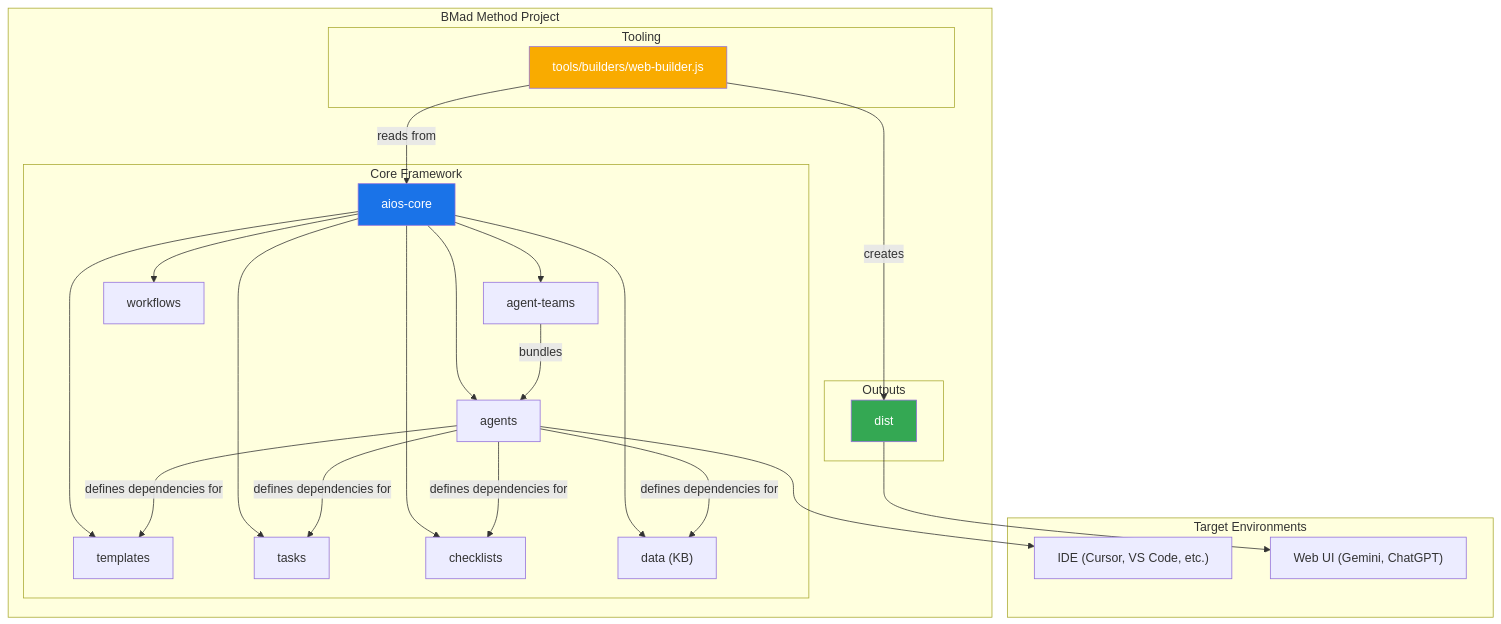
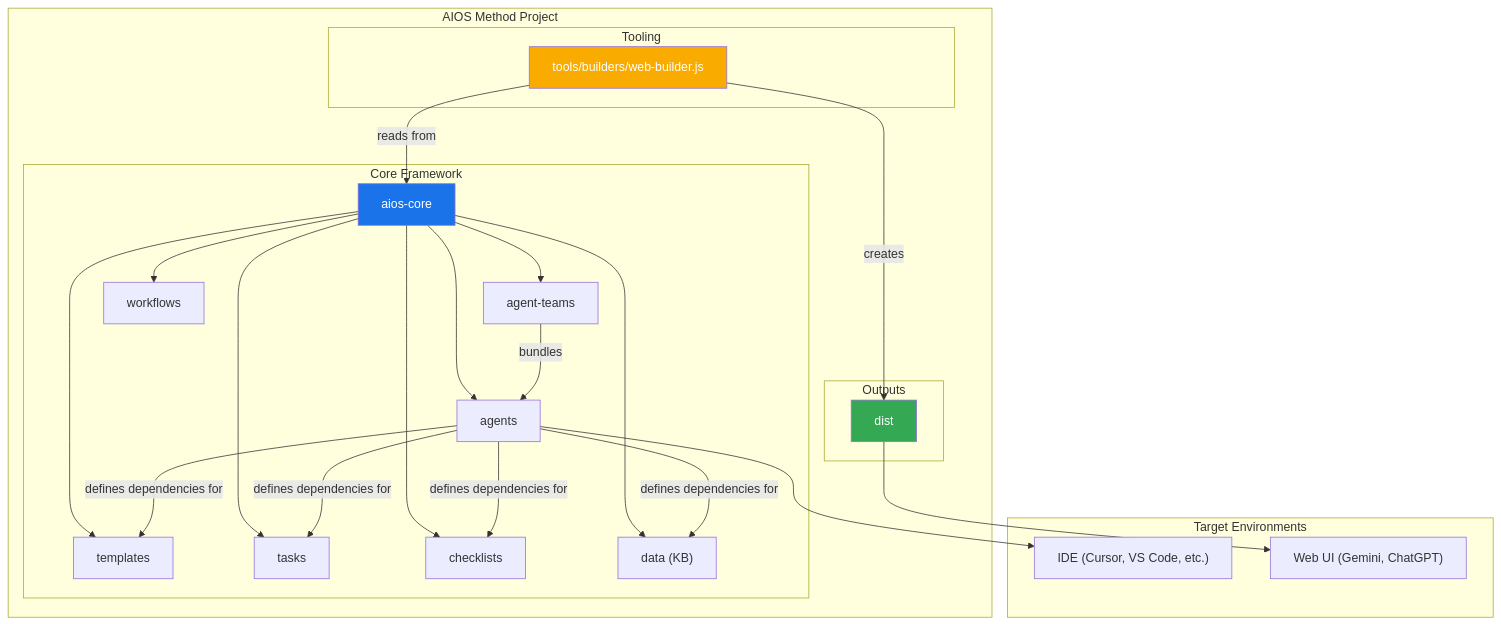
Before and after one commit to brunajunckes/aiox-core: the first of 3 diagrams in docs/core-architecture.md, drawn with Mermaid. The commit also changed other lines of this file and 10 other files, not shown here.

````diff
--- a/docs/core-architecture.md
+++ b/docs/core-architecture.md
@@ -17,44 +17,44 @@
 ```mermaid
 graph TD
-    subgraph BMad Method Project
+    subgraph AIOS Method Project
         subgraph Core Framework
             A["aios-core"]
             A --> B["agents"]
             A --> C["agent-teams"]
             A --> D["workflows"]
             A --> E["templates"]
             A --> F["tasks"]
             A --> G["checklists"]
             A --> H["data (KB)"]
         end
 
         subgraph Tooling
             I["tools/builders/web-builder.js"]
         end
 
         subgraph Outputs
             J["dist"]
         end
 
         B -- defines dependencies for --> E
         B -- defines dependencies for --> F
         B -- defines dependencies for --> G
         B -- defines dependencies for --> H
 
         C -- bundles --> B
         I -- reads from --> A
         I -- creates --> J
     end
 
     subgraph Target Environments
         K["IDE (Cursor, VS Code, etc.)"]
         L["Web UI (Gemini, ChatGPT)"]
     end
 
     B --> K
     J --> L
 
     style A fill:#1a73e8,color:#fff
     style I fill:#f9ab00,color:#fff
     style J fill:#34a853,color:#fff
 ```
````
